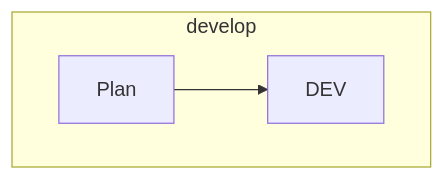
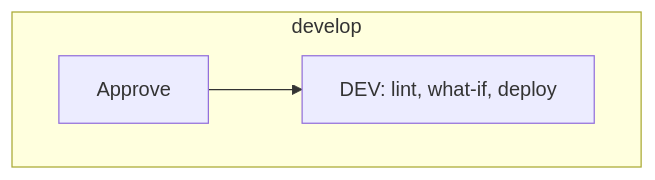
One commit to qlap04/KRT-run-infra changed the second of 3 diagrams in docs/SETUP_vi.md. Above: the diagram before and after it, drawn with Mermaid. The commit also changed other lines of this file and 9 other files, not shown here.

````diff
--- a/docs/SETUP_vi.md
+++ b/docs/SETUP_vi.md
@@ -63,6 +63,6 @@
 ```mermaid
 flowchart TD
   subgraph develop
-    D1[Plan] --> D2[DEV]
+    D1[Approve] --> D2["DEV: lint, what-if, deploy"]
   end
 ```
````
